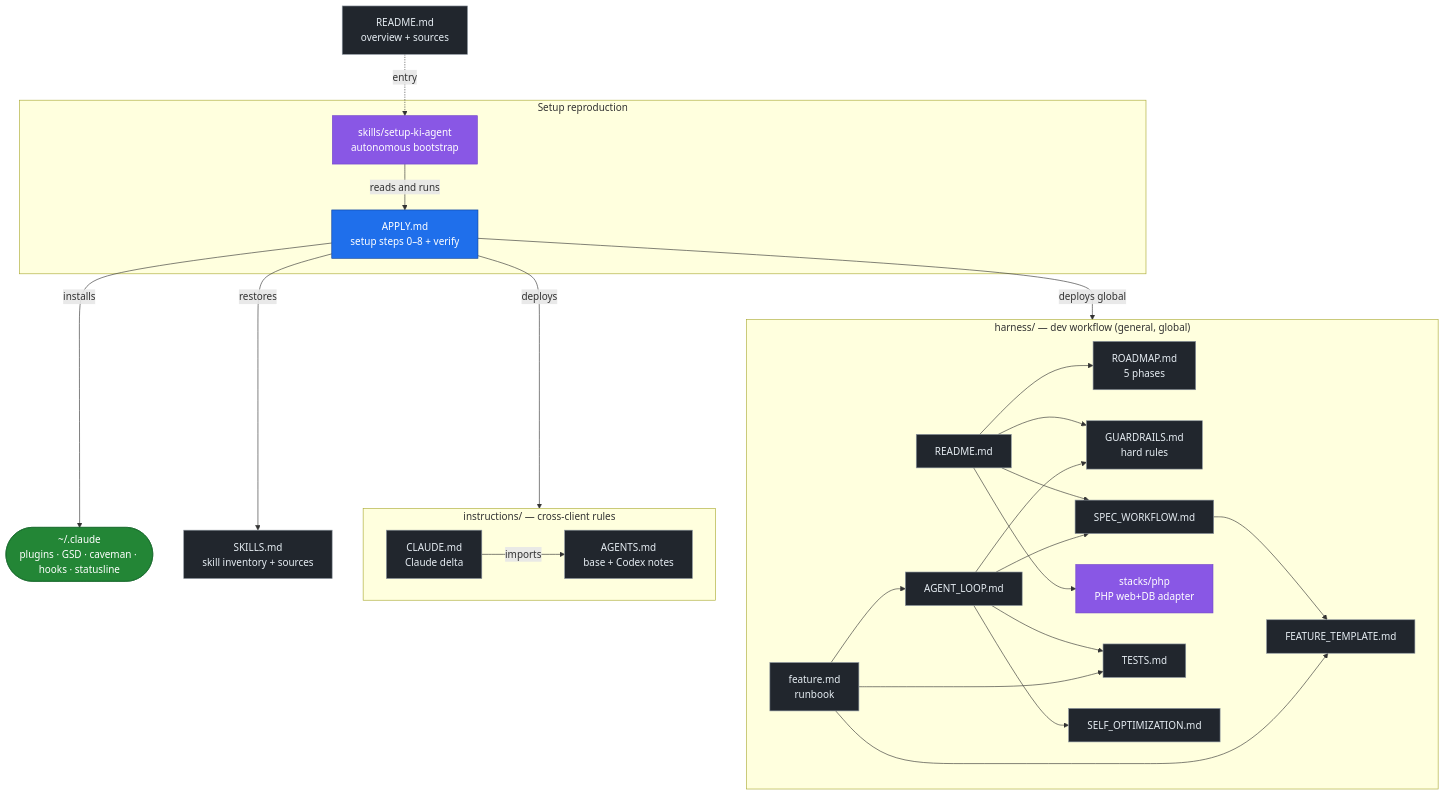
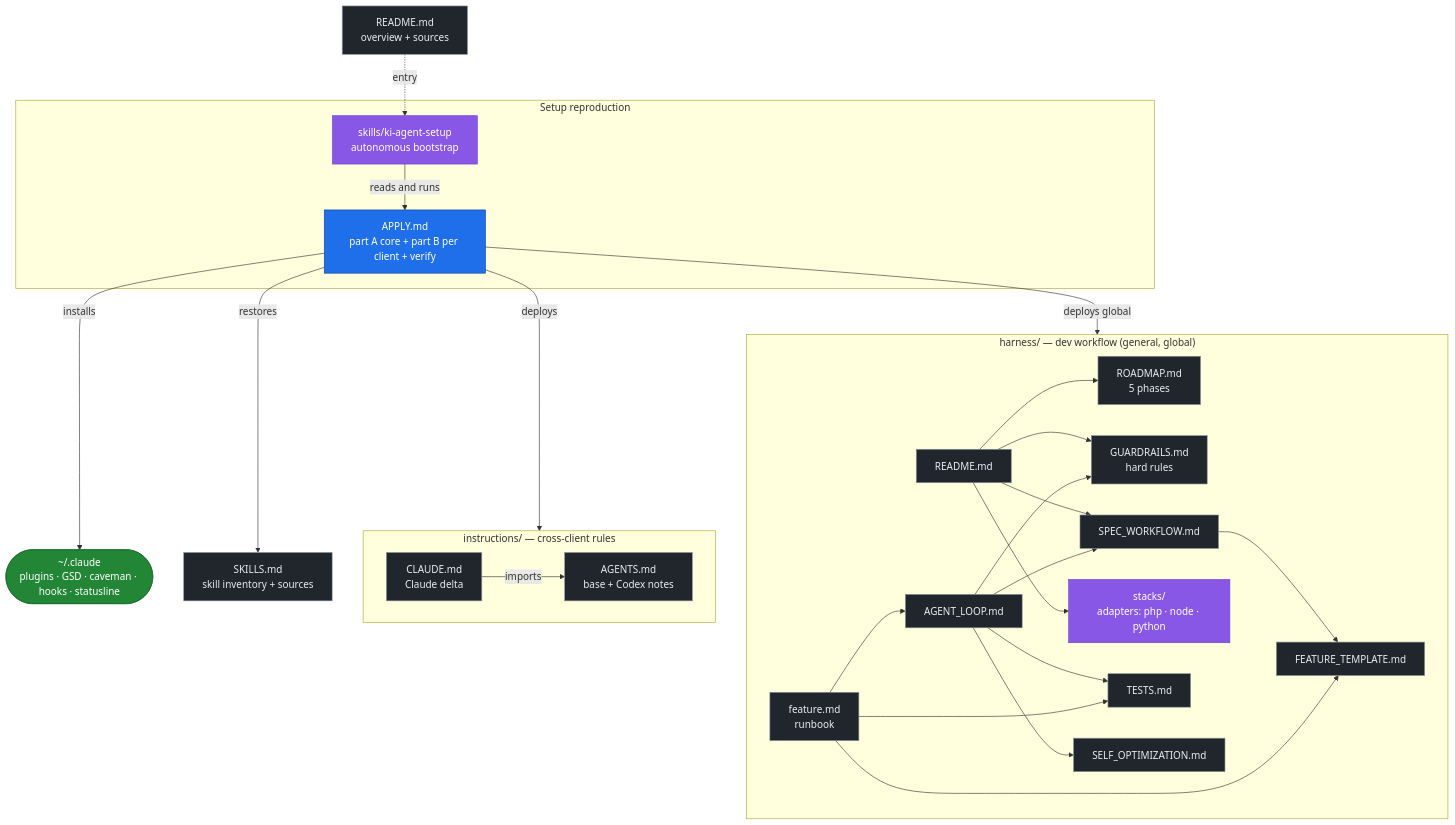
The diagram in README.en.md (derivo/ki-agent-setup), drawn with Mermaid before and after one commit. The commit also changed other lines of this file and 9 other files, not shown here.

First line of the commit message:
docs: rename skill to ki-agent-setup and follow the APPLY.md restructure

````diff
--- a/README.en.md
+++ b/README.en.md
@@ -140,47 +141,47 @@
 ```mermaid
 flowchart TD
     README["README.md<br/>overview + sources"]:::doc
 
     subgraph SETUP[" Setup reproduction "]
-        SKILL["skills/setup-ki-agent<br/>autonomous bootstrap"]:::skill
-        APPLY["APPLY.md<br/>setup steps 0–8 + verify"]:::core
+        SKILL["skills/ki-agent-setup<br/>autonomous bootstrap"]:::skill
+        APPLY["APPLY.md<br/>part A core + part B per client + verify"]:::core
         SKILL -->|reads and runs| APPLY
     end
 
     subgraph INSTR[" instructions/ — cross-client rules "]
         AGENTS["AGENTS.md<br/>base + Codex notes"]:::doc
         CLAUDE["CLAUDE.md<br/>Claude delta"]:::doc
         CLAUDE -->|imports| AGENTS
     end
 
     SKILLS["SKILLS.md<br/>skill inventory + sources"]:::doc
     TOOLS(["~/.claude<br/>plugins · GSD · caveman · hooks · statusline"]):::target
 
     subgraph HARN[" harness/ — dev workflow (general, global) "]
         HREADME["README.md"]:::doc
         ROADMAP["ROADMAP.md<br/>5 phases"]:::doc
         GUARD["GUARDRAILS.md<br/>hard rules"]:::doc
         SPECW["SPEC_WORKFLOW.md"]:::doc
         FEATT["FEATURE_TEMPLATE.md"]:::doc
         TESTS["TESTS.md"]:::doc
         LOOP["AGENT_LOOP.md"]:::doc
         SELF["SELF_OPTIMIZATION.md"]:::doc
         FEAT["feature.md<br/>runbook"]:::doc
-        PHPAD["stacks/php<br/>PHP web+DB adapter"]:::skill
+        PHPAD["stacks/<br/>adapters: php · node · python"]:::skill
         HREADME --> ROADMAP & GUARD & SPECW & PHPAD
         SPECW --> FEATT
         LOOP --> GUARD & TESTS & SPECW & SELF
         FEAT --> LOOP & FEATT & TESTS
     end
 
     README -. entry .-> SKILL
     APPLY -->|deploys| INSTR
     APPLY -->|installs| TOOLS
     APPLY -->|restores| SKILLS
     APPLY -->|deploys global| HARN
 
     classDef core fill:#1f6feb,stroke:#0d419d,color:#fff;
     classDef skill fill:#8957e5,stroke:#6e40c9,color:#fff;
     classDef doc fill:#21262d,stroke:#8b949e,color:#e6edf3;
     classDef target fill:#238636,stroke:#196c2e,color:#fff;
 ```
````
